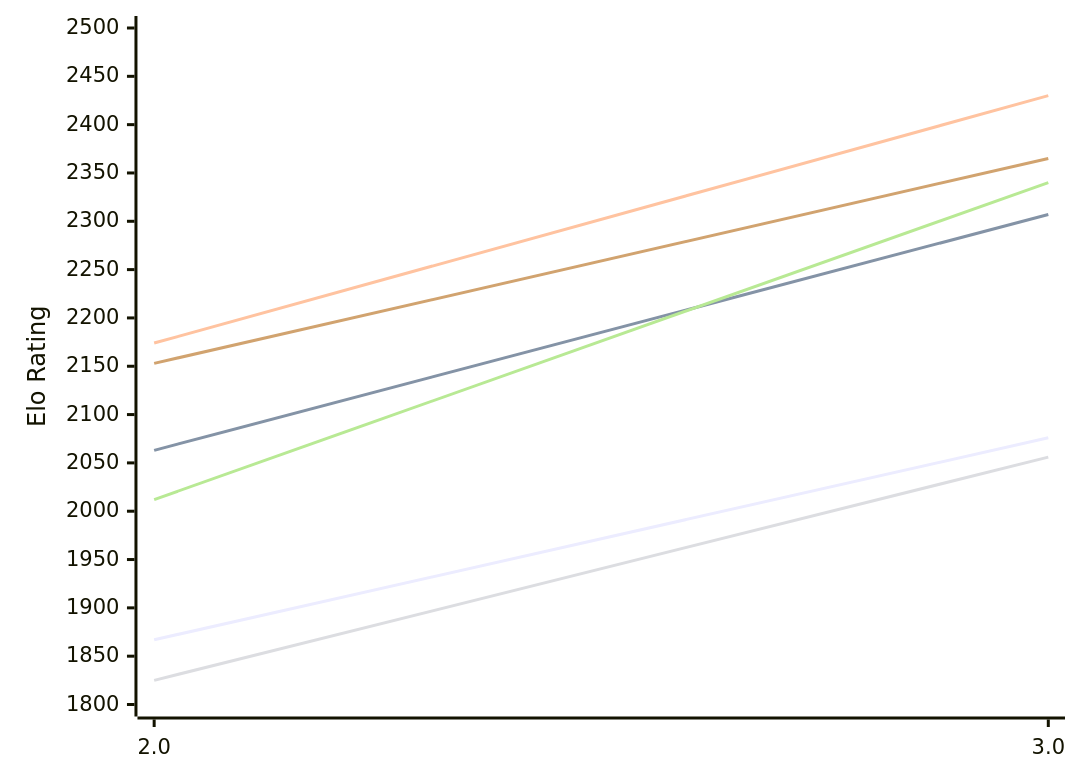
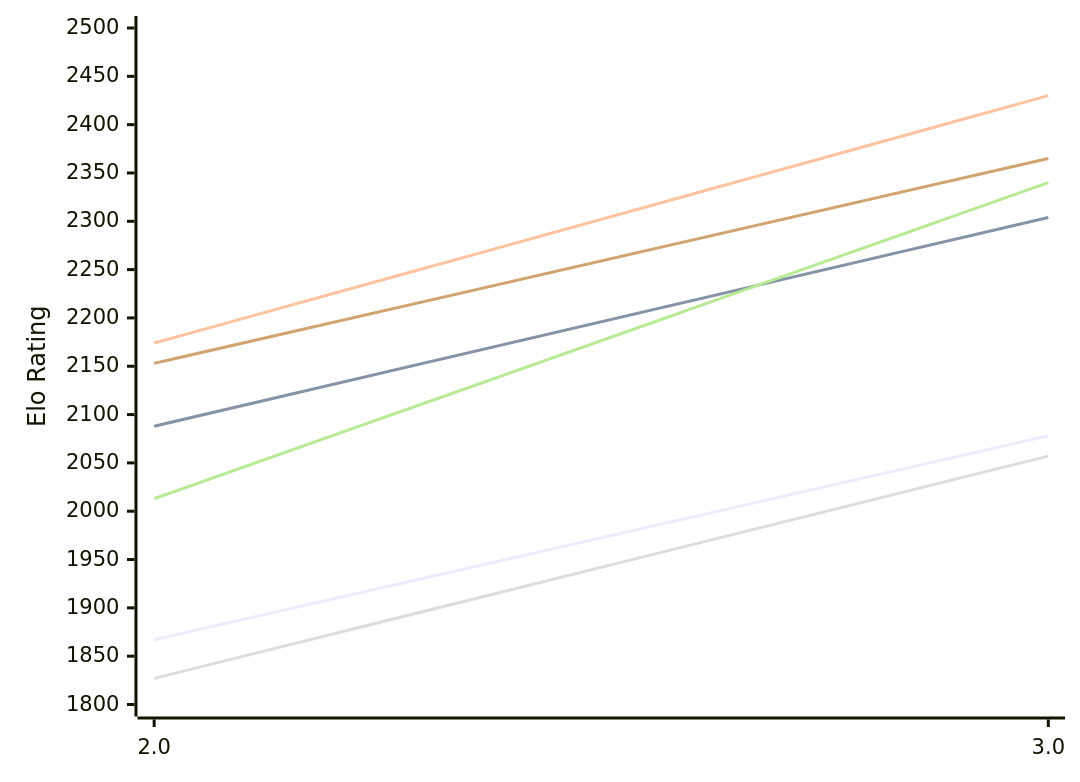
Before and after one commit to computer-chess-index/cci: the first of 2 diagrams in engines/Zeno.md, drawn with Mermaid. The commit also changed other lines of this file, not shown here.

````diff
--- a/engines/Zeno.md
+++ b/engines/Zeno.md
@@ -50,12 +50,12 @@
 ```mermaid
 %%{init: {"theme":"base","themeVariables":{"seriesColors:['#a3a3a3','#222221','#faa371']}}}%%
 xychart-beta
   x-axis ["2.0", "3.0"]
   y-axis "Elo Rating" 1800 --> 2500
-  line "E1: STC (8.0+0.08s)" [1867, 2076]
-  line "E1: LTC (60.0+0.60s)" [2063, 2307]
+  line "E1: STC (8.0+0.08s)" [1867, 2078]
+  line "E1: LTC (60.0+0.60s)" [2088, 2304]
   line "E1: VLTC (2m24s+1.12s)" [2174, 2430]
-  line "P1: STC (8.0+0.08s)" [1825, 2056]
-  line "P1: LTC (60.0+0.60s)" [2012, 2340]
+  line "P1: STC (8.0+0.08s)" [1827, 2057]
+  line "P1: LTC (60.0+0.60s)" [2013, 2340]
   line "P1: VLTC (2m24s+1.12s)" [2153, 2365]
 ```
````
